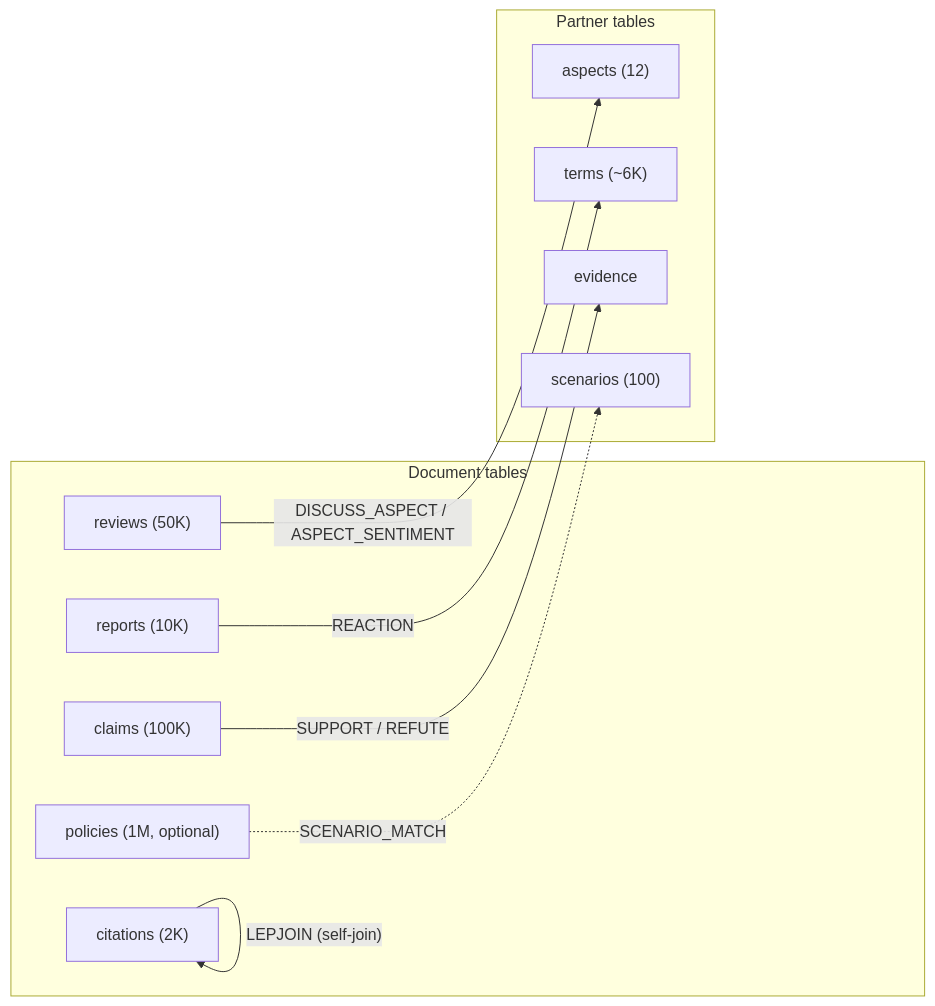
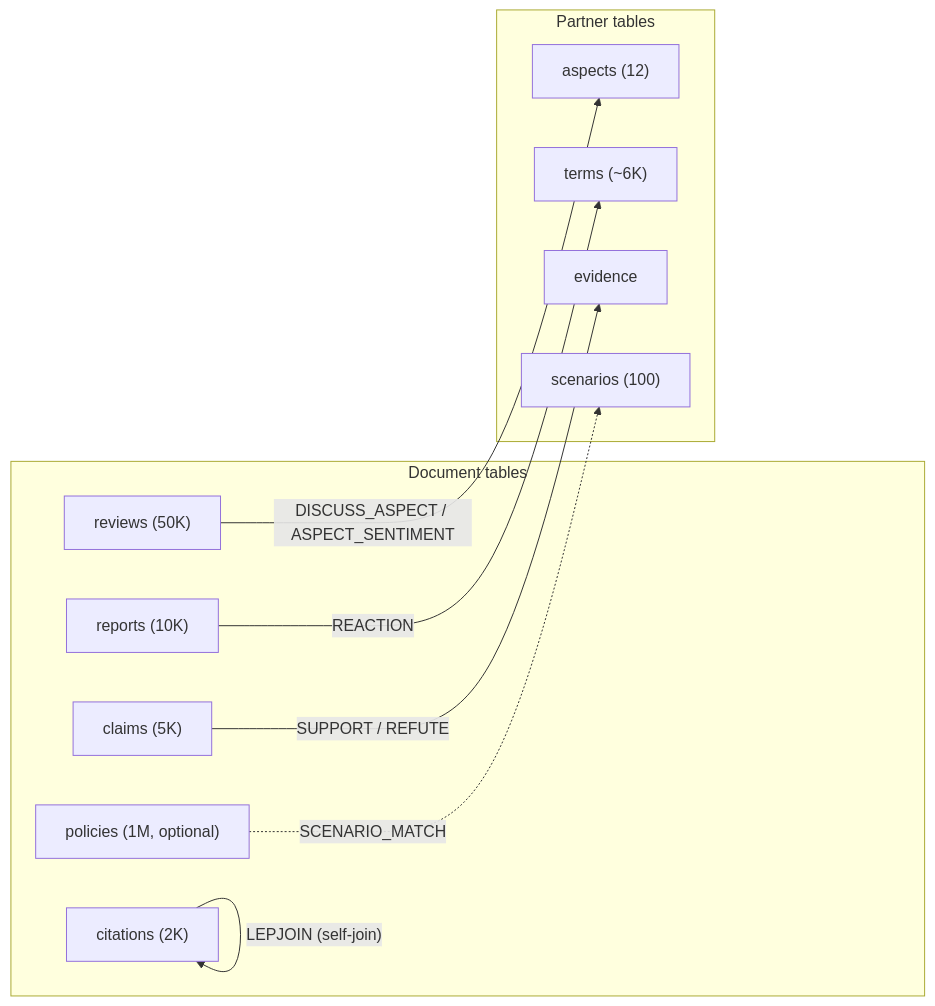
One commit to fsdatalab/quail changed the diagram in reports/engine-wiki.md. Above: the diagram before and after it, drawn with Mermaid. The commit also changed other lines of this file and 2 other files, not shown here.

Commit message:
Scale FEVER claims from 100K to 5K to keep evidence pool tractable
At 100K claims (10K at sf=0.1), the evidence pool grew to ~1,813
Wikipedia pages, making the join 18M pairs — days of GPU time. At
5K claims (500 at sf=0.1), the pool stays in the low hundreds and
the join finishes in minutes.

Claude-Session: https://claude.ai/code/session_01BLD5VfbgVqDtMYZm9zwbyE

````diff
--- a/reports/engine-wiki.md
+++ b/reports/engine-wiki.md
@@ -1035,21 +1035,21 @@
 ```mermaid
 graph LR
     subgraph Document tables
         reviews["reviews (50K)"]
         reports["reports (10K)"]
-        claims["claims (100K)"]
+        claims["claims (5K)"]
         citations["citations (2K)"]
         policies["policies (1M, optional)"]
     end
     subgraph Partner tables
         aspects["aspects (12)"]
         terms["terms (~6K)"]
         evidence["evidence"]
         scenarios["scenarios (100)"]
     end
     reviews -- "DISCUSS_ASPECT / ASPECT_SENTIMENT" --> aspects
     reports -- "REACTION" --> terms
     claims -- "SUPPORT / REFUTE" --> evidence
     citations -- "LEPJOIN (self-join)" --> citations
     policies -. "SCENARIO_MATCH" .-> scenarios
 ```
````
